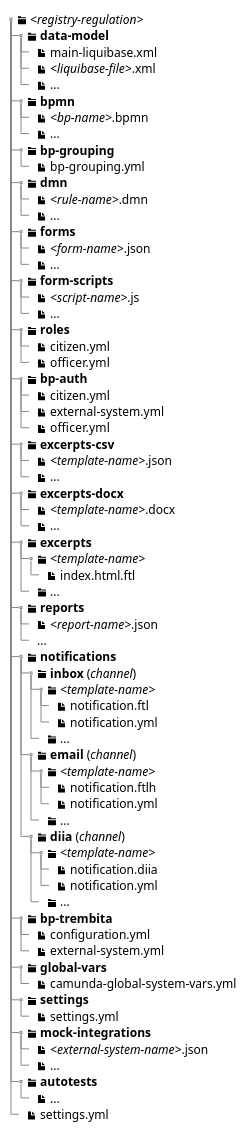
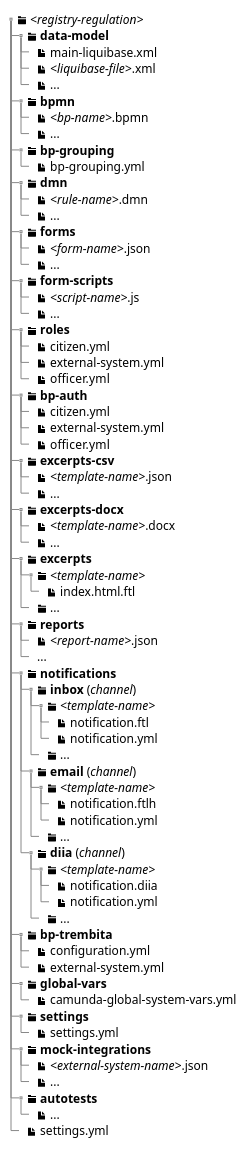
One commit to epam/edp-ddm-architecture changed the diagram in docs/ua/modules/arch/pages/architecture/registry/administrative/regulation-management/registry-regulation/registry-regulation.adoc. Above: the diagram before and after it, drawn with PlantUML. The commit also changed other lines of this file and 6 other files, not shown here.

```diff
--- a/docs/ua/modules/arch/pages/architecture/registry/administrative/regulation-management/registry-regulation/registry-regulation.adoc
+++ b/docs/ua/modules/arch/pages/architecture/registry/administrative/regulation-management/registry-regulation/registry-regulation.adoc
@@ -32,77 +32,78 @@
 [plantuml, registry-regulation-structure, svg]
 ----
 @startsalt
 {
 {T
 + <&folder> <i><registry-regulation></i>
 ++ <&folder> <b>data-model</b>
 +++ <&file> main-liquibase.xml
 +++ <&file> <i><liquibase-file></i>.xml
 +++ <&file> ...
 ++ <&folder> <b>bpmn</b>
 +++ <&file> <i><bp-name></i>.bpmn
 +++ <&file> ...
 ++ <&folder> <b>bp-grouping</b>
 +++ <&file> bp-grouping.yml
 ++ <&folder> <b>dmn</b>
 +++ <&file> <i><rule-name></i>.dmn
 +++ <&file> ...
 ++ <&folder> <b>forms</b>
 +++ <&file> <i><form-name></i>.json
 +++ <&file> ...
 ++ <&folder> <b>form-scripts</b>
 +++ <&file> <i><script-name></i>.js
 +++ <&file> ...
 ++ <&folder> <b>roles</b>
 +++ <&file> citizen.yml
++++ <&file> external-system.yml
 +++ <&file> officer.yml
 ++ <&folder> <b>bp-auth</b>
 +++ <&file> citizen.yml
 +++ <&file> external-system.yml
 +++ <&file> officer.yml
 ++ <&folder> <b>excerpts-csv</b>
 +++ <&file> <i><template-name></i>.json
 +++ <&file> ...
 ++ <&folder> <b>excerpts-docx</b>
 +++ <&file> <i><template-name></i>.docx
 +++ <&file> ...
 ++ <&folder> <b>excerpts</b>
 +++ <&folder> <i><template-name></i>
 ++++ <&file> index.html.ftl
 +++ <&folder> ...
 ++ <&folder> <b>reports</b>
 +++ <&file> <i><report-name></i>.json
 +++ ...
 ++ <&folder> <b>notifications</b>
 +++ <&folder> <b>inbox</b> (<i>channel</i>)
 ++++ <&folder> <i><template-name></i>
 +++++ <&file> notification.ftl
 +++++ <&file> notification.yml
 ++++ <&folder> ...
 +++ <&folder> <b>email</b> (<i>channel</i>)
 ++++ <&folder> <i><template-name></i>
 +++++ <&file> notification.ftlh
 +++++ <&file> notification.yml
 ++++ <&folder> ...
 +++ <&folder> <b>diia</b> (<i>channel</i>)
 ++++ <&folder> <i><template-name></i>
 +++++ <&file> notification.diia
 +++++ <&file> notification.yml
 ++++ <&folder> ...
 ++ <&folder> <b>bp-trembita</b>
 +++ <&file> configuration.yml
 +++ <&file> external-system.yml
 ++ <&folder> <b>global-vars</b>
 +++ <&file> camunda-global-system-vars.yml
 ++ <&folder> <b>settings</b>
 +++ <&file> settings.yml
 ++ <&folder> <b>mock-integrations</b>
 +++ <&file> <i><external-system-name></i>.json
 +++ <&file> ...
 ++ <&folder> <b>autotests</b>
 +++ <&file> ...
 ++ <&file> settings.yml
 }
 }
 @endsalt
 ----
```
